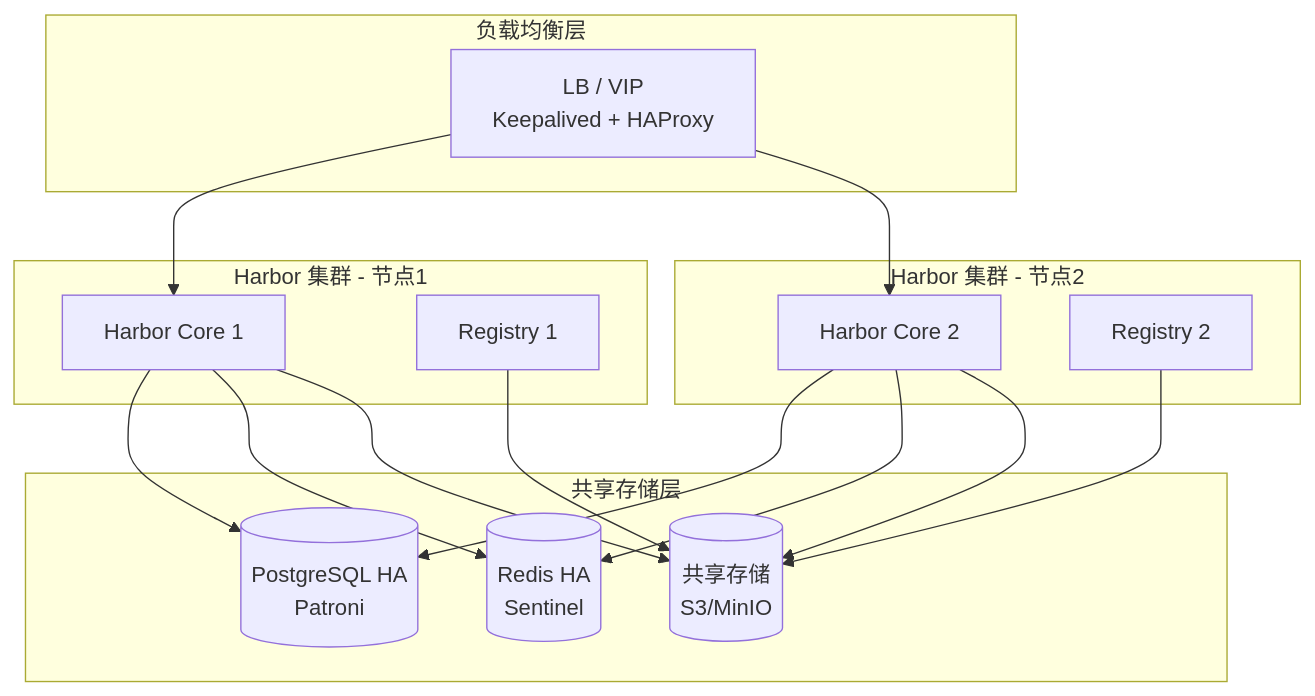
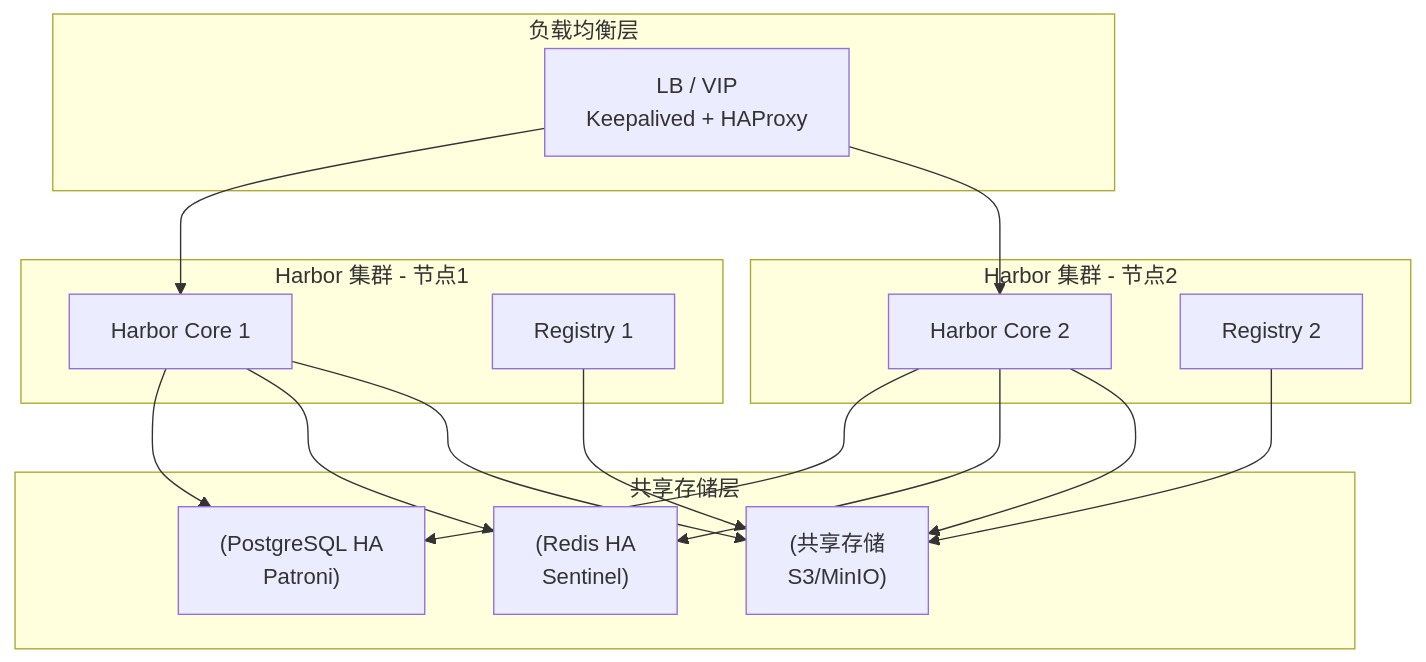
One commit to moklgydocs/moklgydocs.github.io changed the tenth of 12 diagrams in src/运维与部署/Docker_K8s/03_Docker生产实战/01_镜像仓库与分发.md. Above: the diagram before and after it, drawn with Mermaid. The commit also changed other lines of this file and 178 other files, not shown here.

First line of the commit message:
fix: 修复 mermaid 图表语法错误 - 为含 <br/> 的标签添加引号、修复未闭合引号

````diff
--- a/src/运维与部署/Docker_K8s/03_Docker生产实战/01_镜像仓库与分发.md
+++ b/src/运维与部署/Docker_K8s/03_Docker生产实战/01_镜像仓库与分发.md
@@ -1482,33 +1482,33 @@
 ```mermaid
 graph TB
     subgraph "负载均衡层"
-        LB[LB / VIP<br/>Keepalived + HAProxy]
+        LB["LB / VIP<br/>Keepalived + HAProxy"]
     end
 
     subgraph "Harbor 集群 - 节点1"
         H1[Harbor Core 1]
         R1[Registry 1]
     end
 
     subgraph "Harbor 集群 - 节点2"
         H2[Harbor Core 2]
         R2[Registry 2]
     end
 
     subgraph "共享存储层"
-        PG[(PostgreSQL HA<br/>Patroni)]
-        RD[(Redis HA<br/>Sentinel)]
-        S3[(共享存储<br/>S3/MinIO)]
+        PG["(PostgreSQL HA<br/>Patroni)"]
+        RD["(Redis HA<br/>Sentinel)"]
+        S3["(共享存储<br/>S3/MinIO)"]
     end
 
     LB --> H1
     LB --> H2
     H1 --> PG
     H1 --> RD
     H1 --> S3
     H2 --> PG
     H2 --> RD
     H2 --> S3
     R1 --> S3
     R2 --> S3
 ```
````
